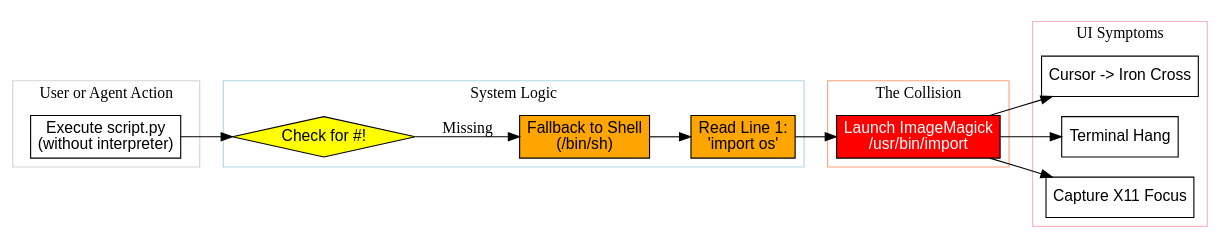
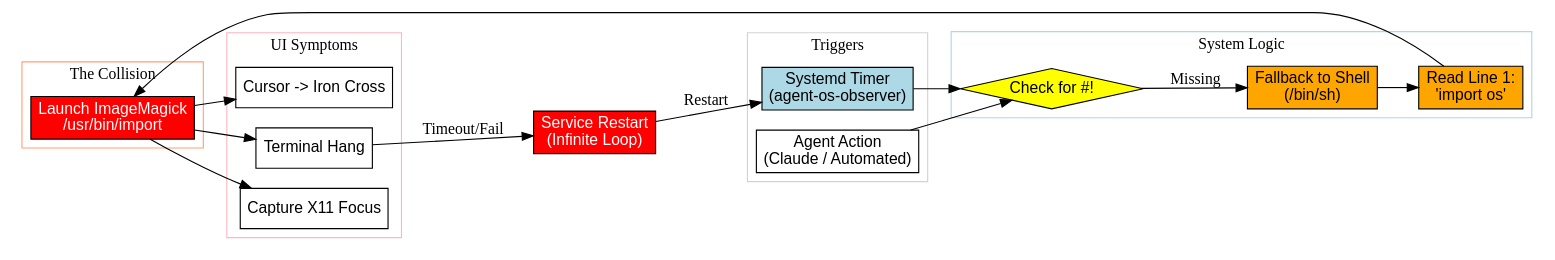
One commit to danindiana/iron-cross-anomaly changed the diagram in diagrams/collision_logic.dot. Above: the diagram before and after it, drawn with Graphviz. The commit also changed 3 other files, not shown here.

```diff
--- a/diagrams/collision_logic.dot
+++ b/diagrams/collision_logic.dot
@@ -1,40 +1,47 @@
 digraph G {
     rankdir=LR;
     node [shape=box, style=filled, fontname="Arial"];
     
     subgraph cluster_0 {
-        label = "User or Agent Action";
+        label = "Triggers";
         color = lightgrey;
-        action [label="Execute script.py\n(without interpreter)", fillcolor=white];
+        action [label="Agent Action\n(Claude / Automated)", fillcolor=white];
+        systemd [label="Systemd Timer\n(agent-os-observer)", fillcolor=lightblue];
     }
 
     subgraph cluster_1 {
         label = "System Logic";
         color = lightblue;
         check_shebang [label="Check for #!", shape=diamond, fillcolor=yellow];
         shell_fallback [label="Fallback to Shell\n(/bin/sh)", fillcolor=orange];
         line_by_line [label="Read Line 1:\n'import os'", fillcolor=orange];
     }
 
     subgraph cluster_2 {
         label = "The Collision";
         color = lightsalmon;
         imagemagick [label="Launch ImageMagick\n/usr/bin/import", fillcolor=red, fontcolor=white];
     }
 
     subgraph cluster_3 {
         label = "UI Symptoms";
         color = lightpink;
         cursor [label="Cursor -> Iron Cross", fillcolor=white];
         freeze [label="Terminal Hang", fillcolor=white];
         focus [label="Capture X11 Focus", fillcolor=white];
     }
+    
+    retry [label="Service Restart\n(Infinite Loop)", fillcolor=red, fontcolor=white];
 
     action -> check_shebang;
+    systemd -> check_shebang;
     check_shebang -> shell_fallback [label="Missing"];
     shell_fallback -> line_by_line;
     line_by_line -> imagemagick;
     imagemagick -> cursor;
     imagemagick -> freeze;
     imagemagick -> focus;
+    
+    freeze -> retry [label="Timeout/Fail"];
+    retry -> systemd [label="Restart"];
 }
```
